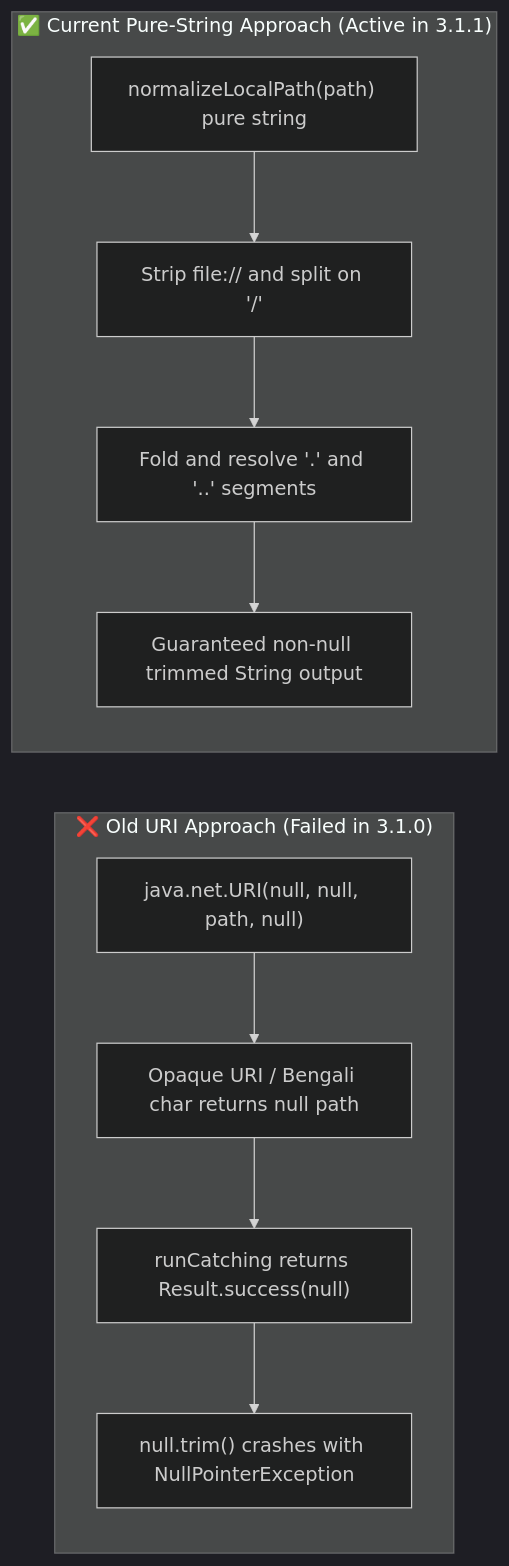
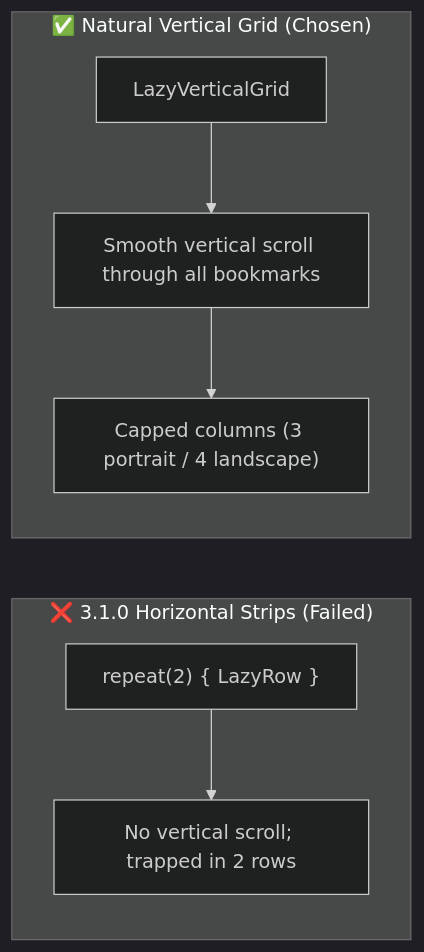
The first of 2 diagrams in docs/DECISIONS_AND_TRAPS.md (Mostakim2005/mpvRx), drawn with Mermaid (dark theme) before and after one commit. The commit also changed other lines of this file and 7 other files, not shown here.

````diff
--- a/docs/DECISIONS_AND_TRAPS.md
+++ b/docs/DECISIONS_AND_TRAPS.md
@@ -14,13 +14,10 @@
 ```mermaid
 flowchart LR
-    subgraph Failed["❌ Old URI Approach (Failed in 3.1.0)"]
-        A1["java.net.URI(null, null, path, null)"] --> A2["Opaque URI / Bengali char returns null path"]
-        A2 --> A3["runCatching returns Result.success(null)"]
-        A3 --> A4["null.trim() crashes with NullPointerException"]
+    subgraph Failed["❌ 3.1.0 Horizontal Strips (Failed)"]
+        F1["repeat(2) { LazyRow }"] --> F2["No vertical scroll; trapped in 2 rows"]
     end
-    subgraph Active["✅ Current Pure-String Approach (Active in 3.1.1)"]
-        B1["normalizeLocalPath(path) pure string"] --> B2["Strip file:// and split on '/'"]
-        B2 --> B3["Fold and resolve '.' and '..' segments"]
-        B3 --> B4["Guaranteed non-null trimmed String output"]
+    subgraph Active["✅ Natural Vertical Grid (Chosen)"]
+        S1["LazyVerticalGrid"] --> S2["Smooth vertical scroll through all bookmarks"]
+        S2 --> S3["Capped columns (3 portrait / 4 landscape)"]
     end
 ```
````
